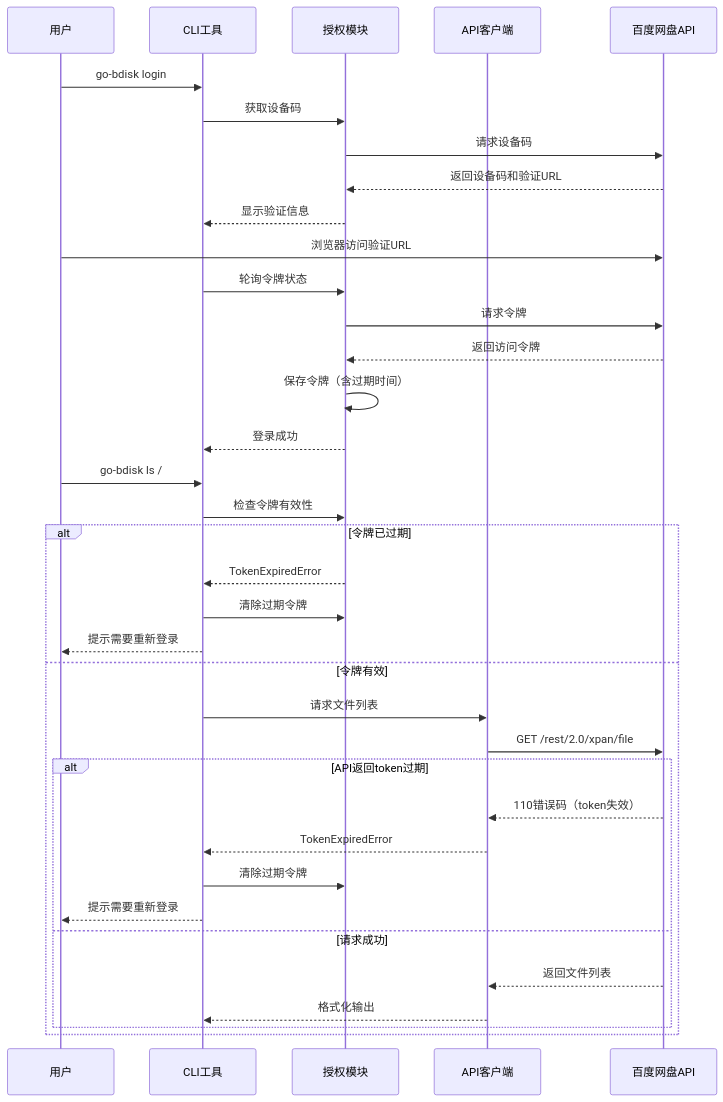
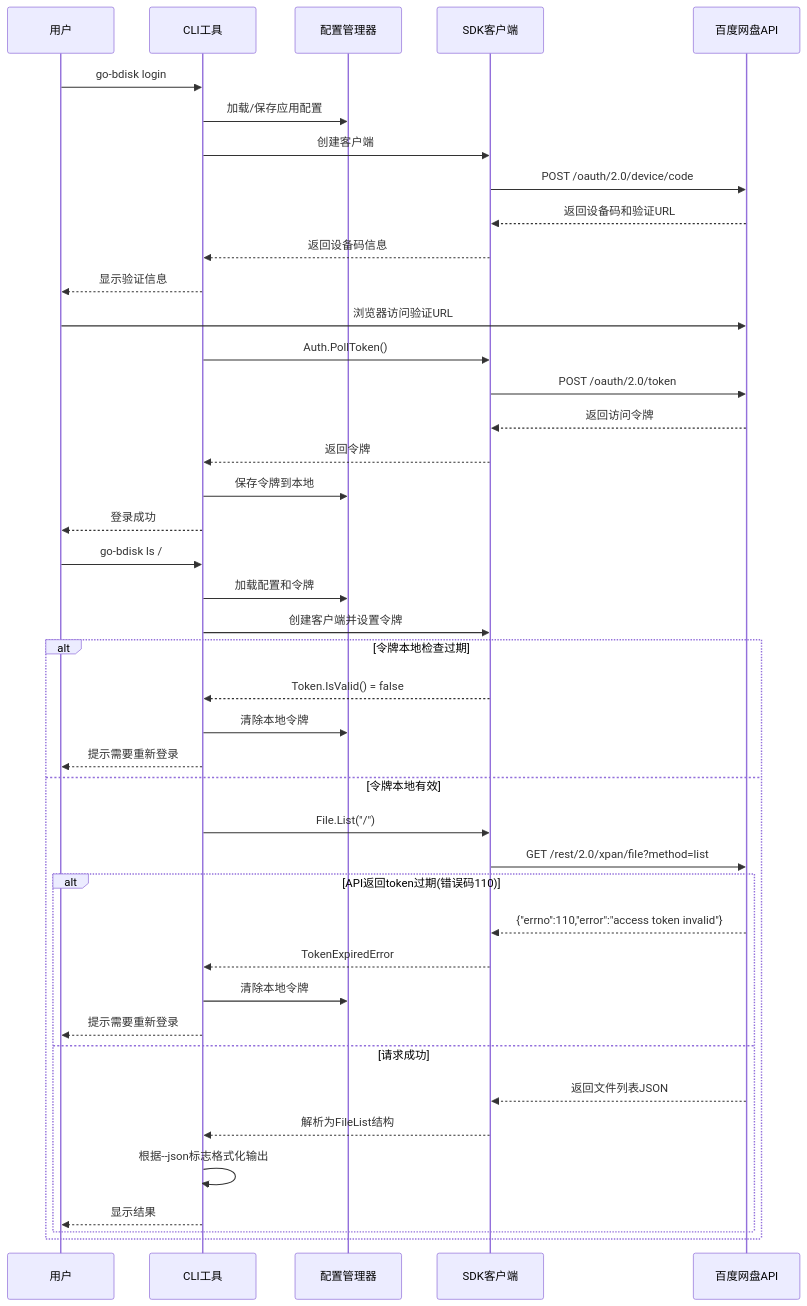
The second of 2 diagrams in plans/architecture.md (baowuhe/go-bdisk), drawn with Mermaid before and after one commit. The commit also changed other lines of this file, not shown here.

Commit message:
update architecture

````diff
--- a/plans/architecture.md
+++ b/plans/architecture.md
@@ -188,40 +235,46 @@
 ```mermaid
 sequenceDiagram
     participant User as 用户
     participant CLI as CLI工具
-    participant Auth as 授权模块
-    participant API as API客户端
+    participant Config as 配置管理器
+    participant SDK as SDK客户端
     participant Baidu as 百度网盘API
     
     User->>CLI: go-bdisk login
-    CLI->>Auth: 获取设备码
-    Auth->>Baidu: 请求设备码
-    Baidu-->>Auth: 返回设备码和验证URL
-    Auth-->>CLI: 显示验证信息
+    CLI->>Config: 加载/保存应用配置
+    CLI->>SDK: 创建客户端
+    SDK->>Baidu: POST /oauth/2.0/device/code
+    Baidu-->>SDK: 返回设备码和验证URL
+    SDK-->>CLI: 返回设备码信息
+    CLI-->>User: 显示验证信息
     User->>Baidu: 浏览器访问验证URL
-    CLI->>Auth: 轮询令牌状态
-    Auth->>Baidu: 请求令牌
-    Baidu-->>Auth: 返回访问令牌
-    Auth->>Auth: 保存令牌（含过期时间）
-    Auth-->>CLI: 登录成功
+    CLI->>SDK: Auth.PollToken()
+    SDK->>Baidu: POST /oauth/2.0/token
+    Baidu-->>SDK: 返回访问令牌
+    SDK-->>CLI: 返回令牌
+    CLI->>Config: 保存令牌到本地
+    CLI-->>User: 登录成功
     
     User->>CLI: go-bdisk ls /
-    CLI->>Auth: 检查令牌有效性
-    alt 令牌已过期
-        Auth-->>CLI: TokenExpiredError
-        CLI->>Auth: 清除过期令牌
+    CLI->>Config: 加载配置和令牌
+    CLI->>SDK: 创建客户端并设置令牌
+    alt 令牌本地检查过期
+        SDK-->>CLI: Token.IsValid() = false
+        CLI->>Config: 清除本地令牌
         CLI-->>User: 提示需要重新登录
-    else 令牌有效
-        CLI->>API: 请求文件列表
-        API->>Baidu: GET /rest/2.0/xpan/file
-        alt API返回token过期
-            Baidu-->>API: 110错误码（token失效）
-            API-->>CLI: TokenExpiredError
-            CLI->>Auth: 清除过期令牌
+    else 令牌本地有效
+        CLI->>SDK: File.List("/")
+        SDK->>Baidu: GET /rest/2.0/xpan/file?method=list
+        alt API返回token过期(错误码110)
+            Baidu-->>SDK: {"errno":110,"error":"access token invalid"}
+            SDK-->>CLI: TokenExpiredError
+            CLI->>Config: 清除本地令牌
             CLI-->>User: 提示需要重新登录
         else 请求成功
-            Baidu-->>API: 返回文件列表
-            API-->>CLI: 格式化输出
+            Baidu-->>SDK: 返回文件列表JSON
+            SDK-->>CLI: 解析为FileList结构
+            CLI->>CLI: 根据--json标志格式化输出
+            CLI-->>User: 显示结果
         end
     end
 ```
````
